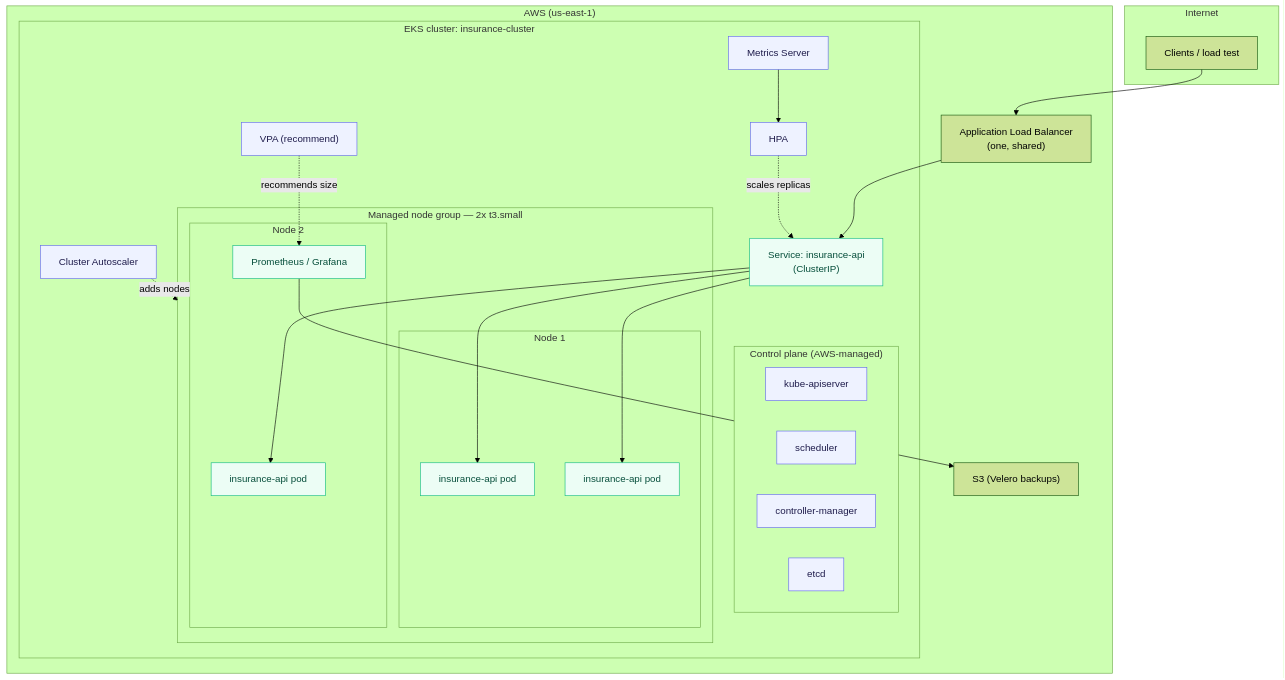
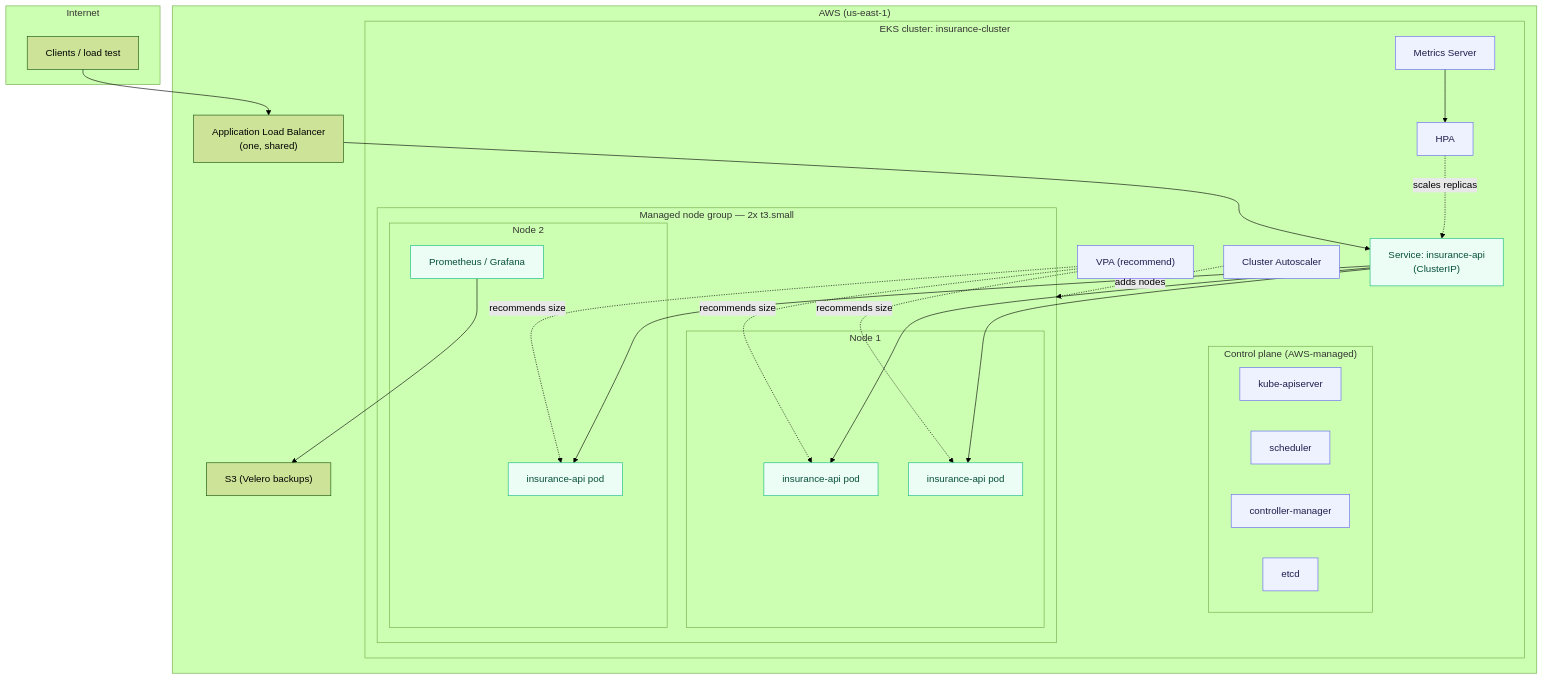
The diagram in README.md (Amith-Ganta/FastAPI-ML-EKS-Platform), drawn with Mermaid (forest theme) before and after one commit. The commit also changed 2 other files, not shown here.

Commit message:
fix(docs): correct VPA edges and restore DOCKER_USERNAME secret row
Three verified diagram/table corrections from a full-repo review:

- docs/architecture/README.md: VPA advisory edge pointed at Grafana
  (VPA -.-> GRAF). VPA recommends pod sizes to the workload, not to the
  monitoring stack. Now VPA -.-> PODS, consistent with the object-hierarchy
  diagram and the "measure, then decide" narrative.
- README.md: same class of error in the platform diagram
  (VPA -. recommends size .-> MON). Retargeted to the api pods (P1/P2/P3).
- docs/APP_README.md: CI/CD secrets table had a stray blank line after the
  header separator and was missing the DOCKER_USERNAME row. Restored the row
  (tweakster24) and fixed the table.

Verified against ground truth: k8s/autoscaling/vpa.yaml (targetRef -> Deployment,
updateMode Off), .github/workflows/deploy.yml, config/.env.example. No change to
the (correct, nested) API contract or the validated tweakster24 image.

````diff
--- a/README.md
+++ b/README.md
@@ -43,51 +43,51 @@
 ```mermaid
 flowchart TB
     subgraph Internet
         U["Clients / load test"]
     end
 
     subgraph AWS["AWS (us-east-1)"]
         ALB["Application Load Balancer<br/>(one, shared)"]
 
         subgraph EKS["EKS cluster: insurance-cluster"]
             subgraph CP["Control plane (AWS-managed)"]
                 API["kube-apiserver"]
                 SCHED["scheduler"]
                 CM["controller-manager"]
                 ETCD["etcd"]
             end
 
             subgraph NG["Managed node group — 2x t3.small"]
                 subgraph N1["Node 1"]
                     P1["insurance-api pod"]
                     P2["insurance-api pod"]
                 end
                 subgraph N2["Node 2"]
                     P3["insurance-api pod"]
                     MON["Prometheus / Grafana"]
                 end
             end
 
             SVC["Service: insurance-api<br/>(ClusterIP)"]
             HPA["HPA"]
             VPA["VPA (recommend)"]
             CA["Cluster Autoscaler"]
             MS["Metrics Server"]
         end
 
         S3["S3 (Velero backups)"]
     end
 
     U --> ALB --> SVC
     SVC --> P1 & P2 & P3
     MS --> HPA
     HPA -. scales replicas .-> SVC
     CA -. adds nodes .-> NG
-    VPA -. recommends size .-> MON
+    VPA -. recommends size .-> P1 & P2 & P3
     MON --> S3
 
     classDef ctl fill:#EEF2FF,stroke:#6366F1,color:#1E1B4B;
     classDef work fill:#ECFDF5,stroke:#10B981,color:#064E3B;
     class API,SCHED,CM,ETCD,HPA,VPA,CA,MS ctl;
     class P1,P2,P3,MON,SVC work;
 ```
````
